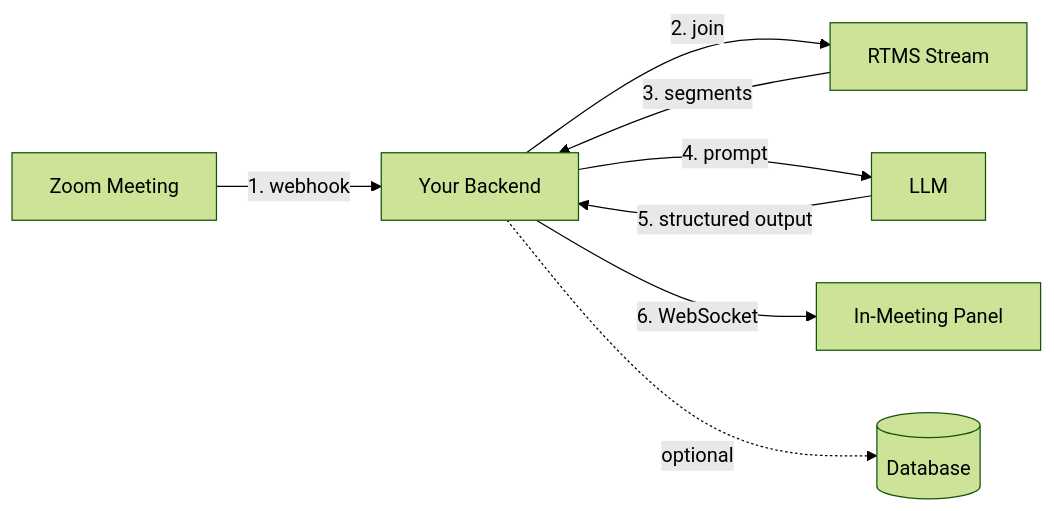
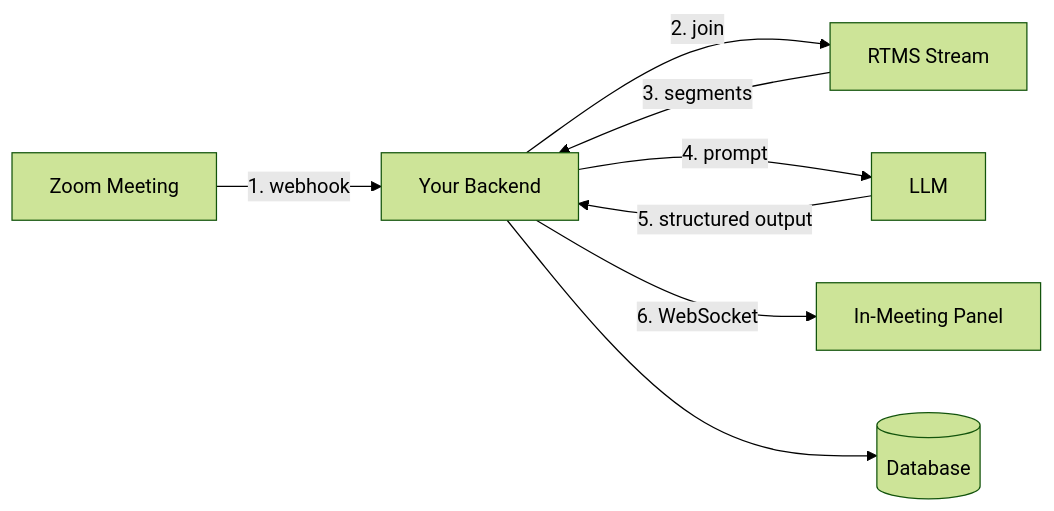
One commit to zoom/blueprints changed the diagram in blueprints/ai-meeting-notetaker/index.md. Above: the diagram before and after it, drawn with Mermaid (forest theme). The commit also changed other lines of this file, not shown here.

Commit message:
ai-meeting-notetaker: remove demo mode and no-database wording

````diff
--- a/blueprints/ai-meeting-notetaker/index.md
+++ b/blueprints/ai-meeting-notetaker/index.md
@@ -75,10 +75,10 @@
 ```mermaid
 graph LR
     Z[Zoom Meeting] -->|1. webhook| B[Your Backend]
     B -->|2. join| R[RTMS Stream]
     R -->|3. segments| B
     B -->|4. prompt| L[LLM]
     L -->|5. structured output| B
     B -->|6. WebSocket| P[In-Meeting Panel]
-    B -.->|optional| D[(Database)]
+    B --> D[(Database)]
 ```
````
